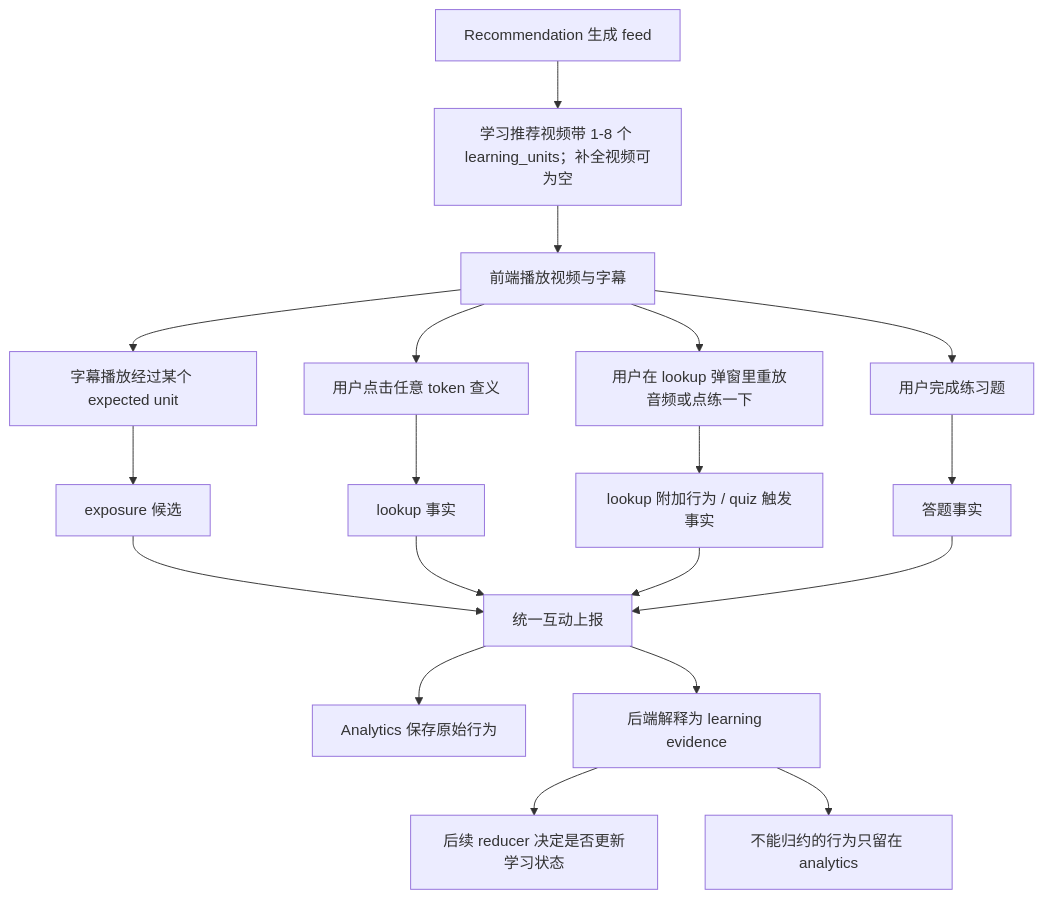
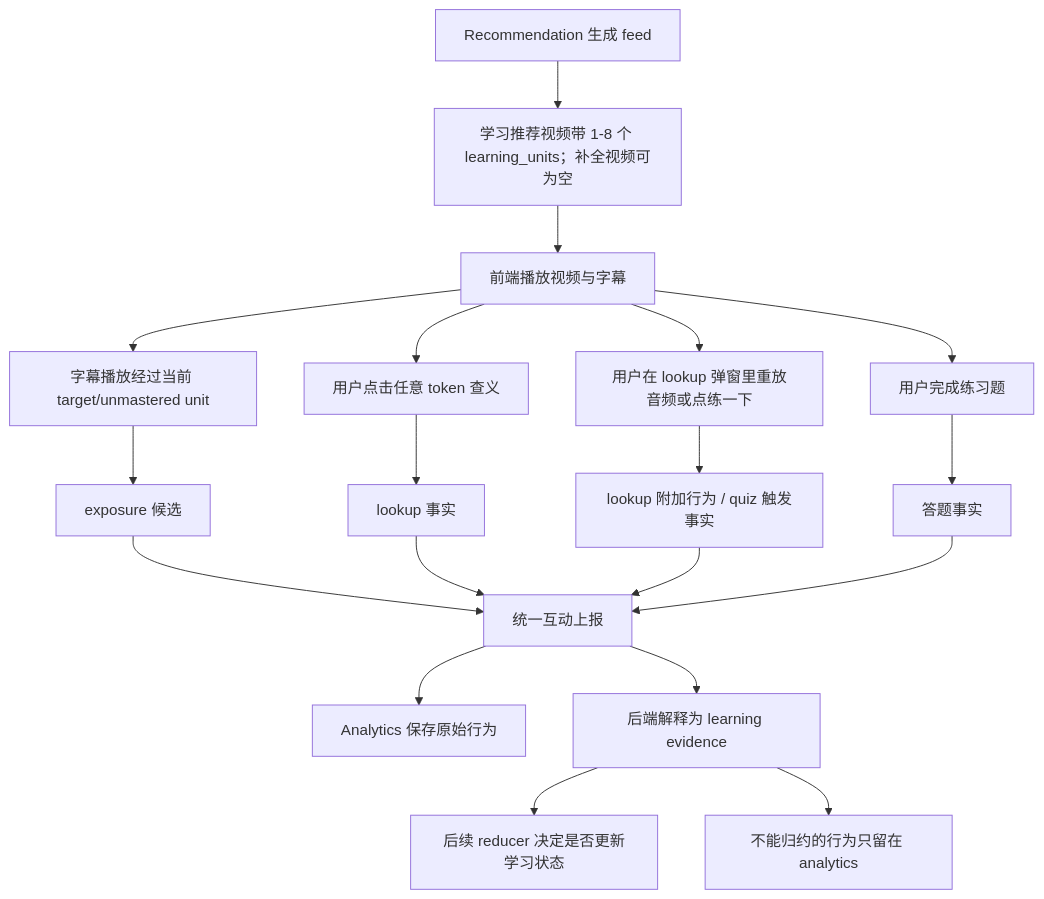
One commit to bionicotaku/learning-video-recommendation-system changed the first of 13 diagrams in docs/学习互动信号语义设计.md. Above: the diagram before and after it, drawn with Mermaid. The commit also changed other lines of this file and 68 other files, not shown here.

````diff
--- a/docs/学习互动信号语义设计.md
+++ b/docs/学习互动信号语义设计.md
@@ -32,26 +32,26 @@
 ```mermaid
 flowchart TD
     A["Recommendation 生成 feed"] --> B["学习推荐视频带 1-8 个 learning_units；补全视频可为空"]
     B --> C["前端播放视频与字幕"]
 
-    C --> D1["字幕播放经过某个 expected unit"]
+    C --> D1["字幕播放经过当前 target/unmastered unit"]
     C --> D2["用户点击任意 token 查义"]
     C --> D3["用户在 lookup 弹窗里重放音频或点练一下"]
     C --> D4["用户完成练习题"]
 
     D1 --> E["exposure 候选"]
     D2 --> F["lookup 事实"]
     D3 --> G["lookup 附加行为 / quiz 触发事实"]
     D4 --> Q["答题事实"]
 
     E --> H["统一互动上报"]
     F --> H
     G --> H
     Q --> H
 
     H --> I["Analytics 保存原始行为"]
     H --> J["后端解释为 learning evidence"]
 
     J --> K["后续 reducer 决定是否更新学习状态"]
     J --> L["不能归约的行为只留在 analytics"]
 ```
````
